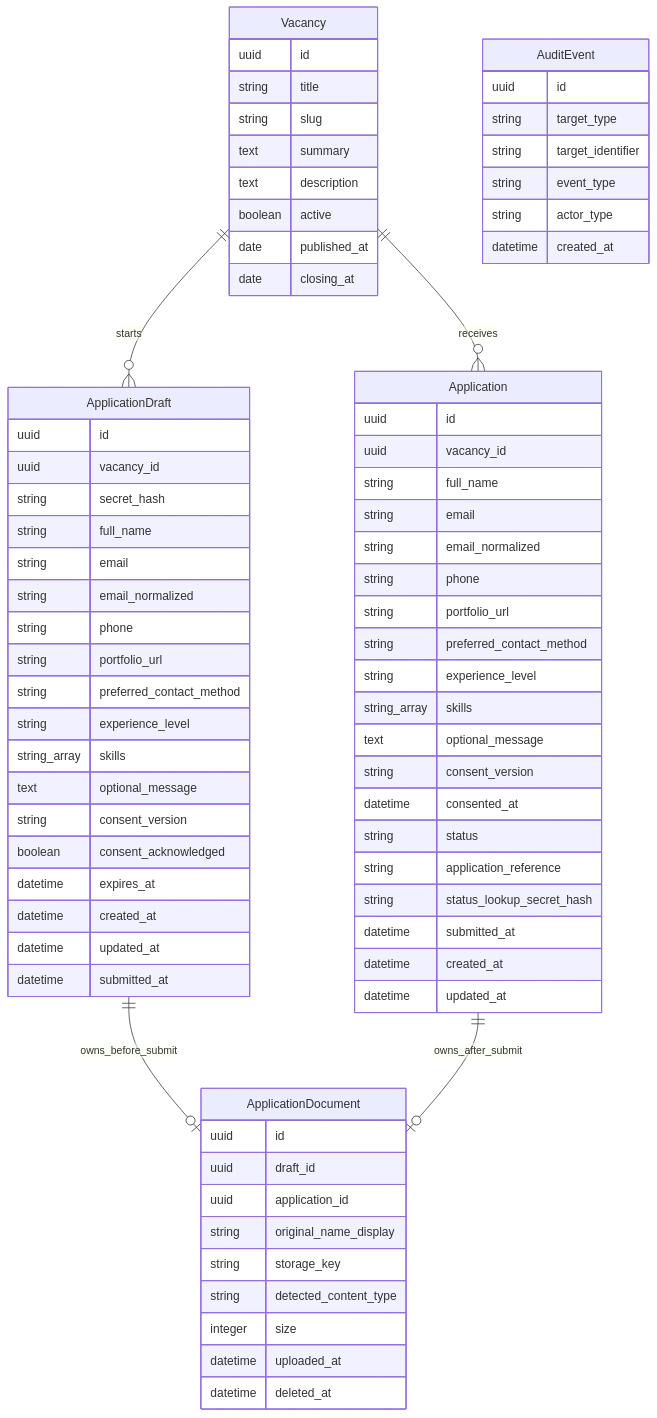
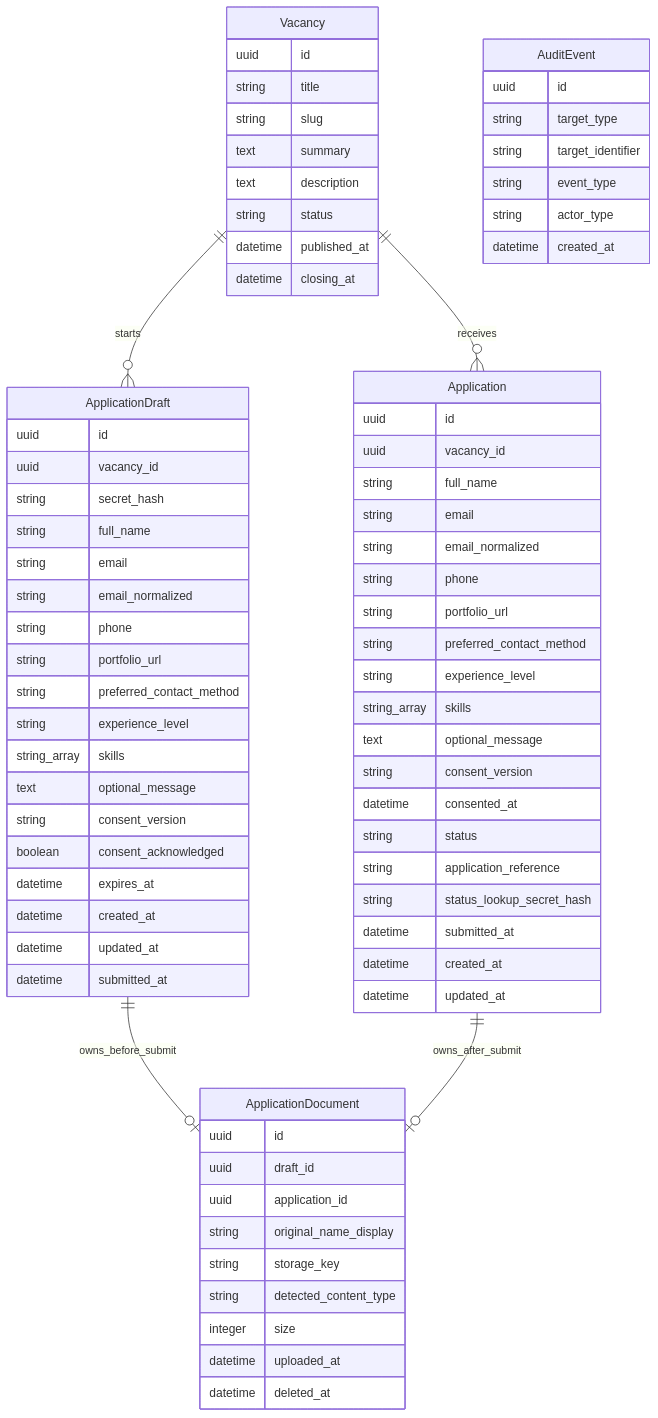
One commit to JalolbekJR/applyflow changed the diagram in docs/domain-model.md. Above: the diagram before and after it, drawn with Mermaid. The commit also changed other lines of this file and 53 other files, not shown here.

````diff
--- a/docs/domain-model.md
+++ b/docs/domain-model.md
@@ -7,82 +9,82 @@
 ```mermaid
 erDiagram
     Vacancy ||--o{ ApplicationDraft : starts
     Vacancy ||--o{ Application : receives
     ApplicationDraft ||--o| ApplicationDocument : owns_before_submit
     Application ||--o| ApplicationDocument : owns_after_submit
 
     Vacancy {
         uuid id
         string title
         string slug
         text summary
         text description
-        boolean active
-        date published_at
-        date closing_at
+        string status
+        datetime published_at
+        datetime closing_at
     }
 
     ApplicationDraft {
         uuid id
         uuid vacancy_id
         string secret_hash
         string full_name
         string email
         string email_normalized
         string phone
         string portfolio_url
         string preferred_contact_method
         string experience_level
         string_array skills
         text optional_message
         string consent_version
         boolean consent_acknowledged
         datetime expires_at
         datetime created_at
         datetime updated_at
         datetime submitted_at
     }
 
     Application {
         uuid id
         uuid vacancy_id
         string full_name
         string email
         string email_normalized
         string phone
         string portfolio_url
         string preferred_contact_method
         string experience_level
         string_array skills
         text optional_message
         string consent_version
         datetime consented_at
         string status
         string application_reference
         string status_lookup_secret_hash
         datetime submitted_at
         datetime created_at
         datetime updated_at
     }
 
     ApplicationDocument {
         uuid id
         uuid draft_id
         uuid application_id
         string original_name_display
         string storage_key
         string detected_content_type
         integer size
         datetime uploaded_at
         datetime deleted_at
     }
 
     AuditEvent {
         uuid id
         string target_type
         string target_identifier
         string event_type
         string actor_type
         datetime created_at
     }
 ```
````
